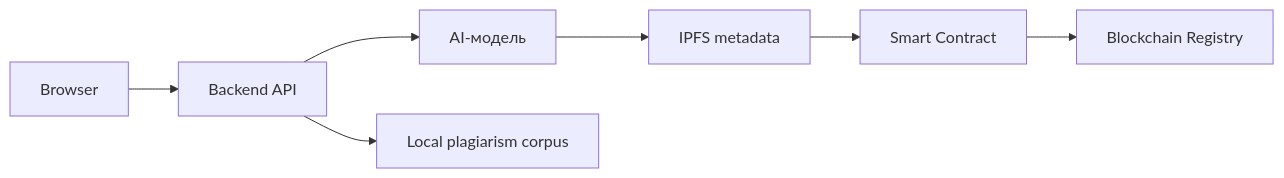
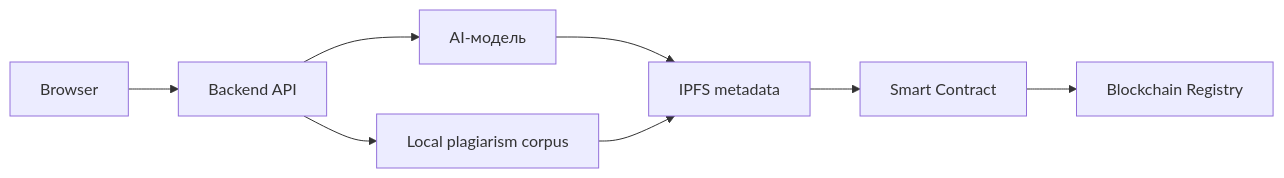
One commit to aodiern/EduProofAI changed the diagram in README.md. Above: the diagram before and after it, drawn with Mermaid. The commit also changed other lines of this file and 4 other files, not shown here.

````diff
--- a/README.md
+++ b/README.md
@@ -32,9 +147,10 @@
 ```mermaid
 flowchart LR
-  B[Browser] --> API[Backend API]
-  API --> AI[AI-модель]
-  AI --> IPFS[IPFS metadata]
-  IPFS --> SC[Smart Contract]
-  SC --> BR[Blockchain Registry]
-  API --> PLAG[Local plagiarism corpus]
+  B["Browser"] --> API["Backend API"]
+  API --> AI["AI-модель"]
+  API --> PLAG["Local plagiarism corpus"]
+  AI --> IPFS["IPFS metadata"]
+  PLAG --> IPFS
+  IPFS --> SC["Smart Contract"]
+  SC --> BR["Blockchain Registry"]
 ```
````
